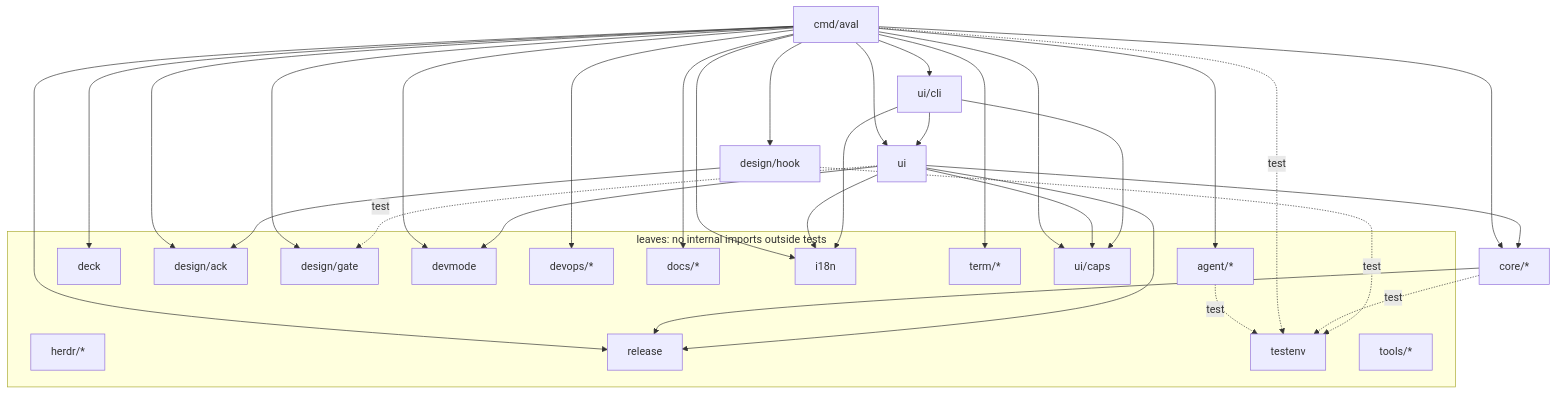
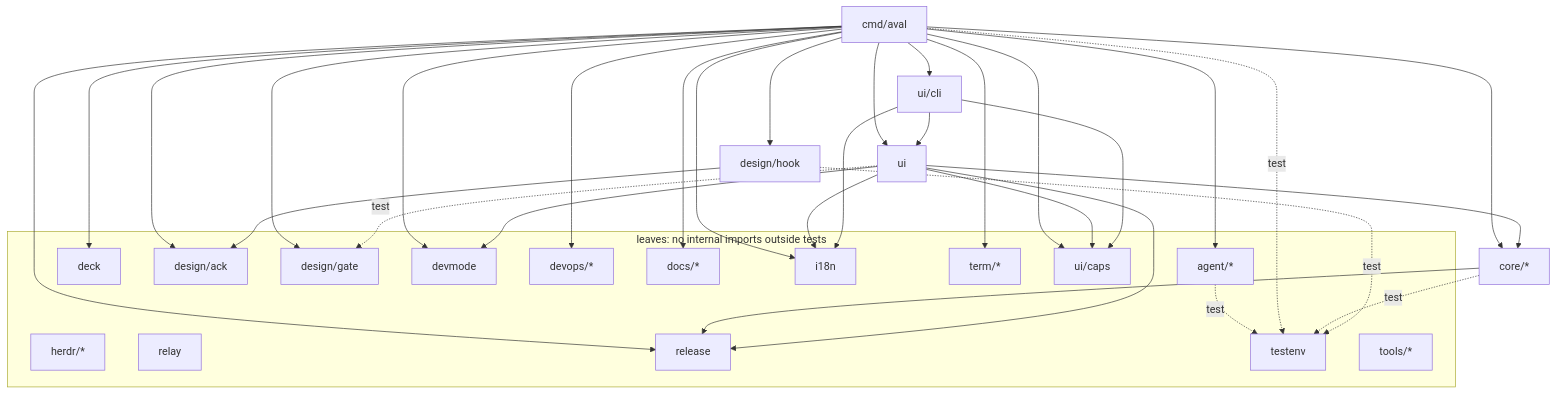
One commit to alvaroofernaandez/aval changed the diagram in docs/architecture/model.md. Above: the diagram before and after it, drawn with Mermaid. The commit also changed other lines of this file and 3 other files, not shown here.

````diff
--- a/docs/architecture/model.md
+++ b/docs/architecture/model.md
@@ -12,54 +12,55 @@
 ```mermaid
 flowchart TD
   cmd_aval["cmd/aval"]
   ui_cli["ui/cli"]
   ui["ui"]
   core["core/*"]
   design_hook["design/hook"]
   subgraph leaves["leaves: no internal imports outside tests"]
     agent["agent/*"]
     deck["deck"]
     design_ack["design/ack"]
     design_gate["design/gate"]
     devmode["devmode"]
     devops["devops/*"]
     docs["docs/*"]
     herdr["herdr/*"]
     i18n["i18n"]
+    relay["relay"]
     release["release"]
     term["term/*"]
     testenv["testenv"]
     tools["tools/*"]
     ui_caps["ui/caps"]
   end
   agent -.->|test| testenv
   cmd_aval --> agent
   cmd_aval --> core
   cmd_aval --> deck
   cmd_aval --> design_ack
   cmd_aval --> design_gate
   cmd_aval --> design_hook
   cmd_aval --> devmode
   cmd_aval --> devops
   cmd_aval --> docs
   cmd_aval --> i18n
   cmd_aval --> release
   cmd_aval --> term
   cmd_aval --> ui
   cmd_aval --> ui_caps
   cmd_aval --> ui_cli
   cmd_aval -.->|test| testenv
   core --> release
   core -.->|test| testenv
   design_hook --> design_ack
   design_hook -.->|test| testenv
   ui --> core
   ui --> devmode
   ui --> i18n
   ui --> release
   ui --> ui_caps
   ui -.->|test| design_gate
   ui_cli --> i18n
   ui_cli --> ui
   ui_cli --> ui_caps
 ```
````
